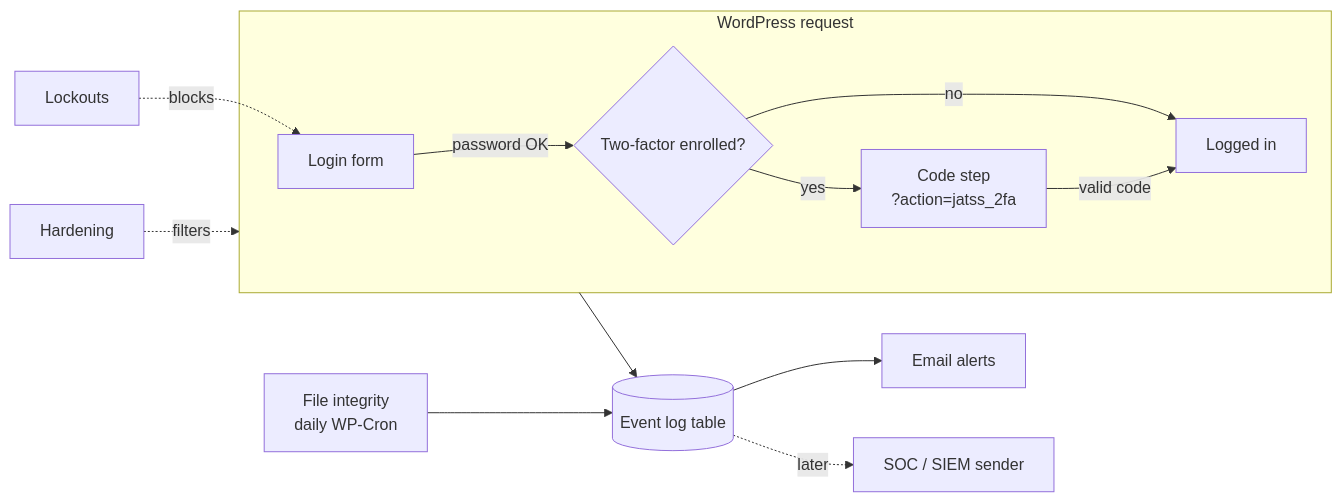
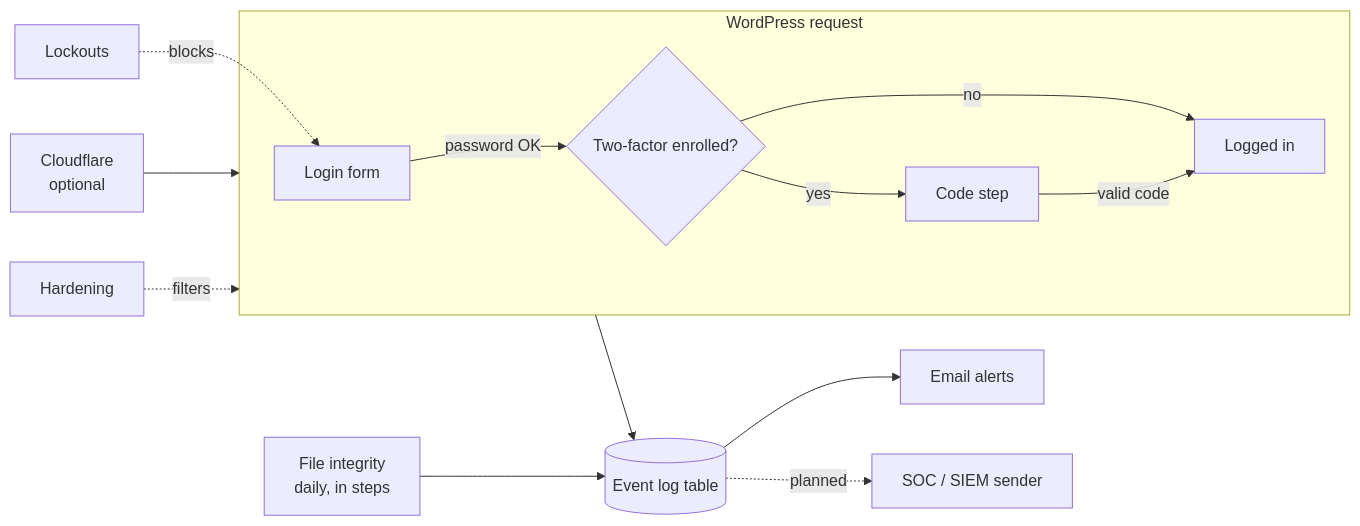
One commit to CptNope/Anderson-Site-Shield changed the diagram in README.md. Above: the diagram before and after it, drawn with Mermaid. The commit also changed other lines of this file and 17 other files, not shown here.

First line of the commit message:
Professional repo files: README, roadmap, changelog, contributing and templates

````diff
--- a/README.md
+++ b/README.md
@@ -70,15 +126,16 @@
 ```mermaid
 flowchart LR
     subgraph WP[WordPress request]
       A[Login form] -->|password OK| B{Two-factor enrolled?}
-      B -- yes --> C[Code step<br/>?action=jatss_2fa]
+      B -- yes --> C[Code step]
       B -- no --> D[Logged in]
       C -->|valid code| D
     end
+    CF[Cloudflare<br/>optional] --> WP
     L[Lockouts] -.blocks.-> A
     H[Hardening] -.filters.-> WP
     WP --> E[(Event log table)]
-    F[File integrity<br/>daily WP-Cron] --> E
+    F[File integrity<br/>daily, in steps] --> E
     E --> M[Email alerts]
-    E -.later.-> S[SOC / SIEM sender]
+    E -.planned.-> S[SOC / SIEM sender]
 ```
````
